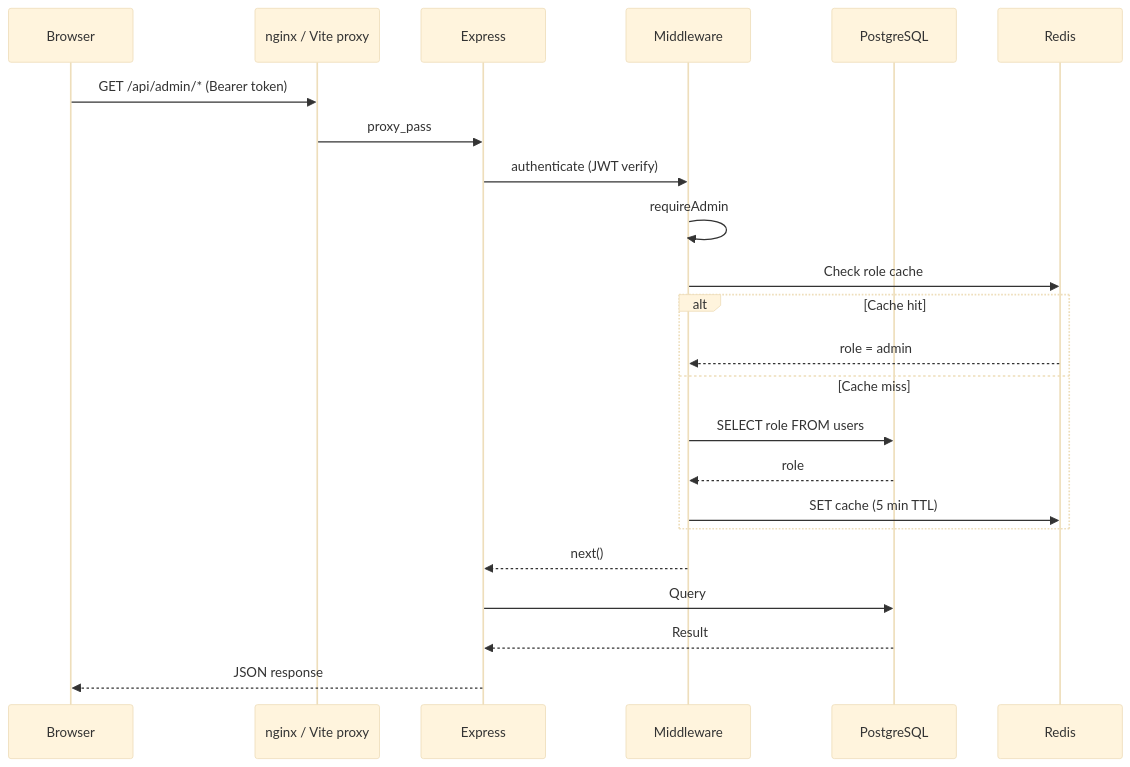
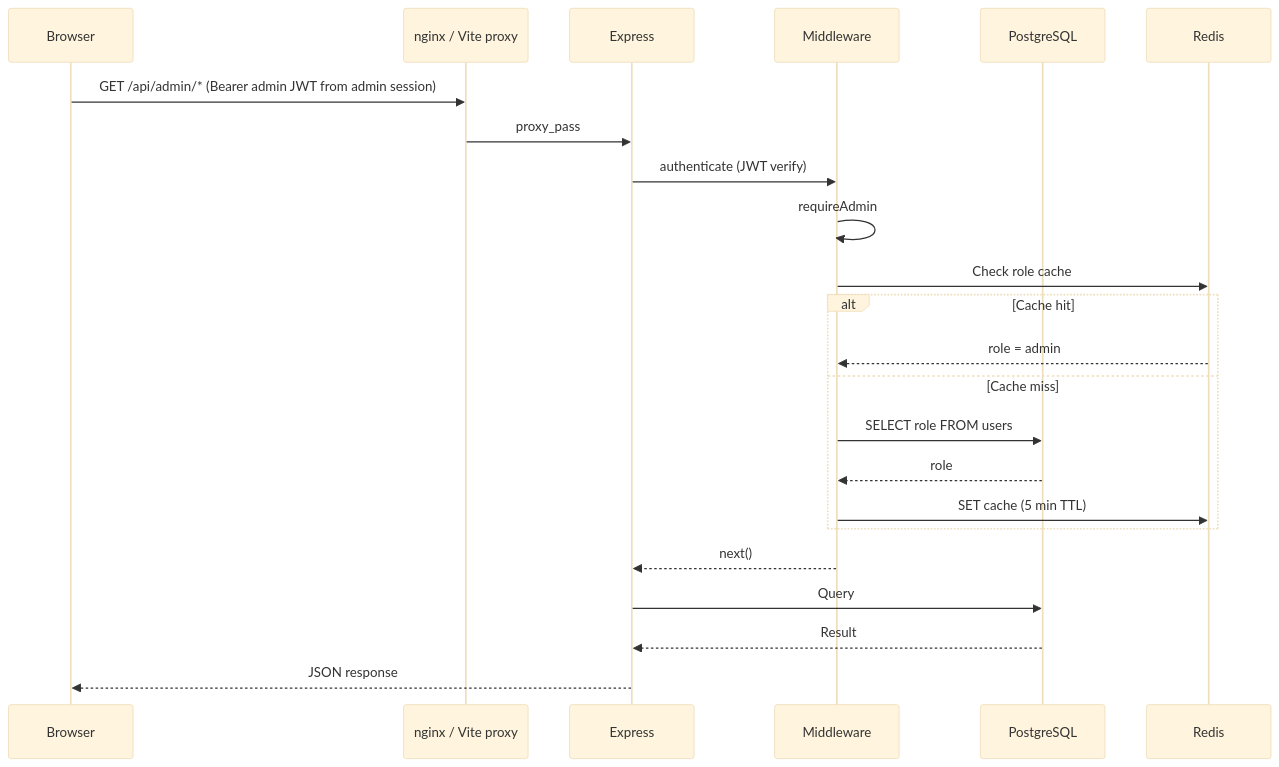
The first of 2 diagrams in docs/admin/overview.md (becomeonewiththecode/invoicing), drawn with Mermaid (base theme) before and after one commit. The commit also changed other lines of this file and 21 other files, not shown here.

````diff
--- a/docs/admin/overview.md
+++ b/docs/admin/overview.md
@@ -28,26 +28,26 @@
 ```mermaid
 sequenceDiagram
     participant B as Browser
     participant N as nginx / Vite proxy
     participant E as Express
     participant MW as Middleware
     participant PG as PostgreSQL
     participant RD as Redis
 
-    B->>N: GET /api/admin/* (Bearer token)
+    B->>N: GET /api/admin/* (Bearer admin JWT from admin session)
     N->>E: proxy_pass
     E->>MW: authenticate (JWT verify)
     MW->>MW: requireAdmin
     MW->>RD: Check role cache
     alt Cache hit
         RD-->>MW: role = admin
     else Cache miss
         MW->>PG: SELECT role FROM users
         PG-->>MW: role
         MW->>RD: SET cache (5 min TTL)
     end
     MW-->>E: next()
     E->>PG: Query
     PG-->>E: Result
     E-->>B: JSON response
 ```
````
